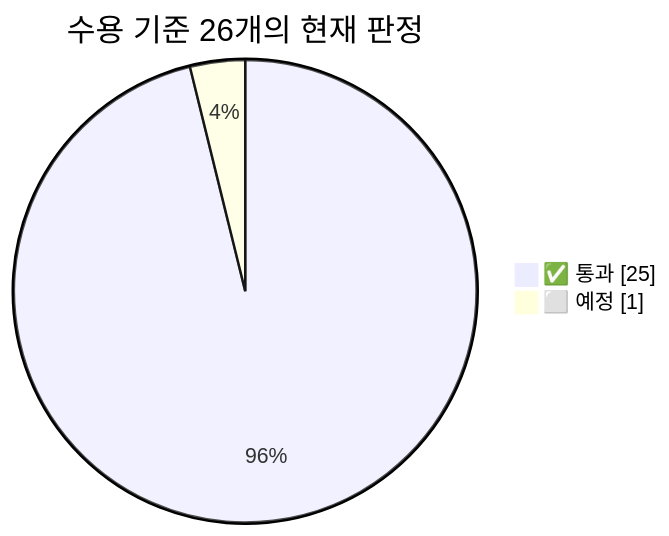
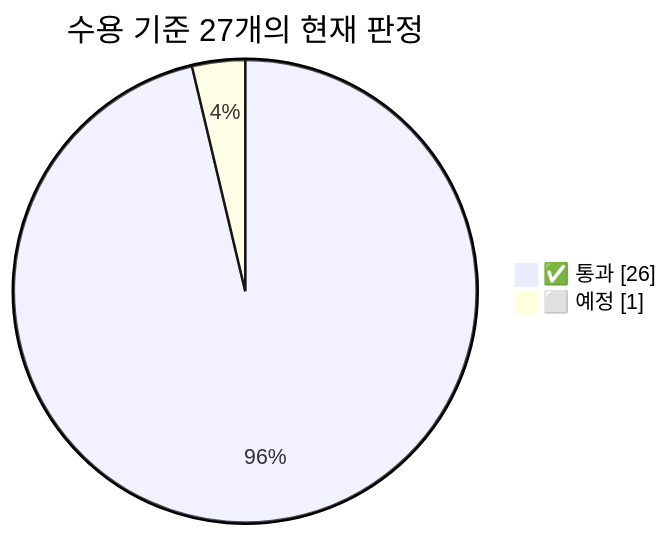
One commit to Youngmin17/TriCast changed the fourth of 6 diagrams in docs/SPEC.md. Above: the diagram before and after it, drawn with Mermaid. The commit also changed other lines of this file and 7 other files, not shown here.

````diff
--- a/docs/SPEC.md
+++ b/docs/SPEC.md
@@ -454,6 +455,6 @@
 ```mermaid
 pie showData
-    title 수용 기준 26개의 현재 판정
-    "✅ 통과" : 25
+    title 수용 기준 27개의 현재 판정
+    "✅ 통과" : 26
     "⬜ 예정" : 1
 ```
````
